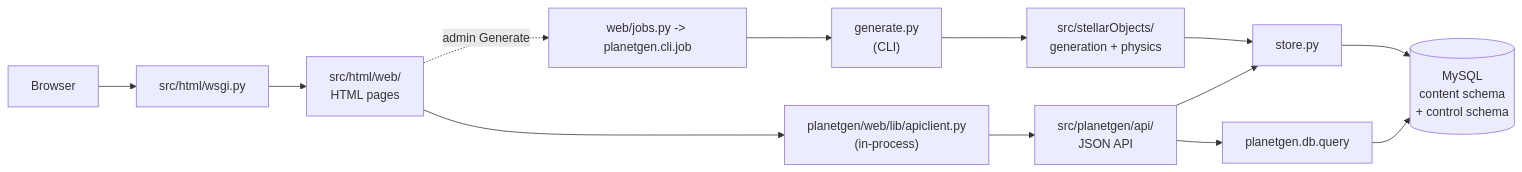
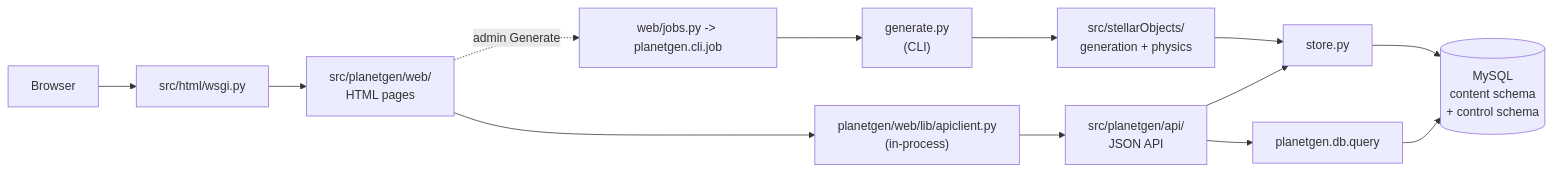
The first of 8 diagrams in docs/design/architecture.md (dwhagar/planetGen), drawn with Mermaid before and after one commit. The commit also changed other lines of this file and 174 other files, not shown here.

First line of the commit message:
Move the web pages and the app factory into planetgen.web (OPS.24 step 12) (#465)

````diff
--- a/docs/design/architecture.md
+++ b/docs/design/architecture.md
@@ -67,15 +67,15 @@
 ```mermaid
 flowchart LR
     CLI["generate.py<br/>(CLI)"] --> SO["src/stellarObjects/<br/>generation + physics"]
     SO --> DB["store.py"]
     DB --> MySQL[("MySQL<br/>content schema<br/>+ control schema")]
     Browser["Browser"] --> WSGI["src/html/wsgi.py"]
-    WSGI --> Web["src/html/web/<br/>HTML pages"]
+    WSGI --> Web["src/planetgen/web/<br/>HTML pages"]
     Web --> Client["planetgen/web/lib/apiclient.py<br/>(in-process)"]
     Client --> API["src/planetgen/api/<br/>JSON API"]
     API --> Q["planetgen.db.query"]
     Q --> MySQL
     API --> DB
     Web -. "admin Generate" .-> Jobs["web/jobs.py -> planetgen.cli.job"]
     Jobs --> CLI
 ```
````
